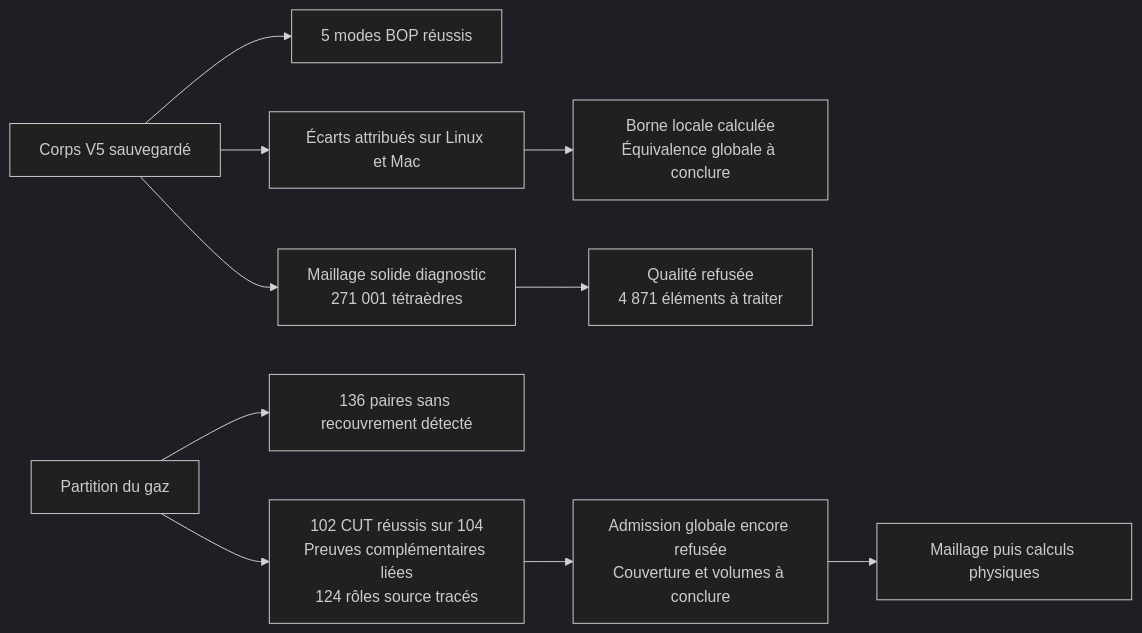
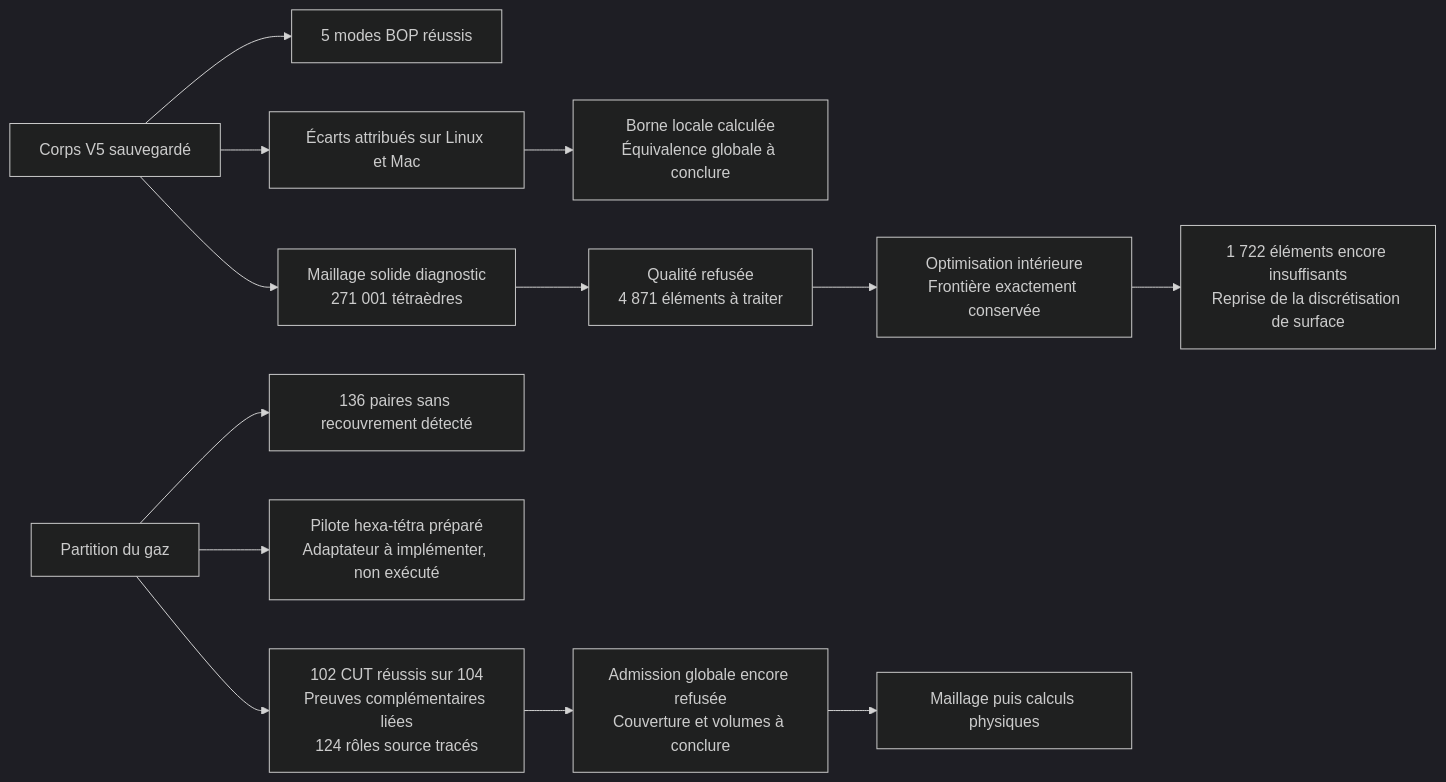
One commit to cluster2600/porscheparts changed the diagram in docs/M64_GEOMETRY_CHECKPOINT_20260908.md. Above: the diagram before and after it, drawn with Mermaid (dark theme). The commit also changed other lines of this file and 1 other file, not shown here.

````diff
--- a/docs/M64_GEOMETRY_CHECKPOINT_20260908.md
+++ b/docs/M64_GEOMETRY_CHECKPOINT_20260908.md
@@ -569,12 +663,15 @@
 ```mermaid
 flowchart LR
     A[Corps V5 sauvegardé] --> B[5 modes BOP réussis]
     A --> C[Écarts attribués sur Linux et Mac]
     C --> D[Borne locale calculée<br/>Équivalence globale à conclure]
     A --> J[Maillage solide diagnostic<br/>271 001 tétraèdres]
     J --> K[Qualité refusée<br/>4 871 éléments à traiter]
+    K --> L[Optimisation intérieure<br/>Frontière exactement conservée]
+    L --> M[1 722 éléments encore insuffisants<br/>Reprise de la discrétisation de surface]
     E[Partition du gaz] --> F[136 paires sans recouvrement détecté]
+    E --> N[Pilote hexa-tétra préparé<br/>Adaptateur à implémenter, non exécuté]
     E --> G[102 CUT réussis sur 104<br/>Preuves complémentaires liées<br/>124 rôles source tracés]
     G --> H[Admission globale encore refusée<br/>Couverture et volumes à conclure]
     H --> I[Maillage puis calculs physiques]
 ```
````
